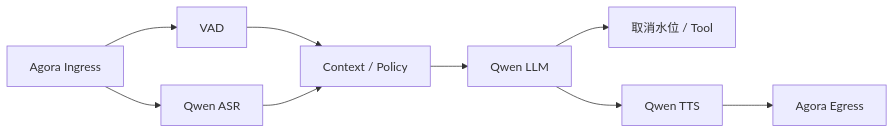
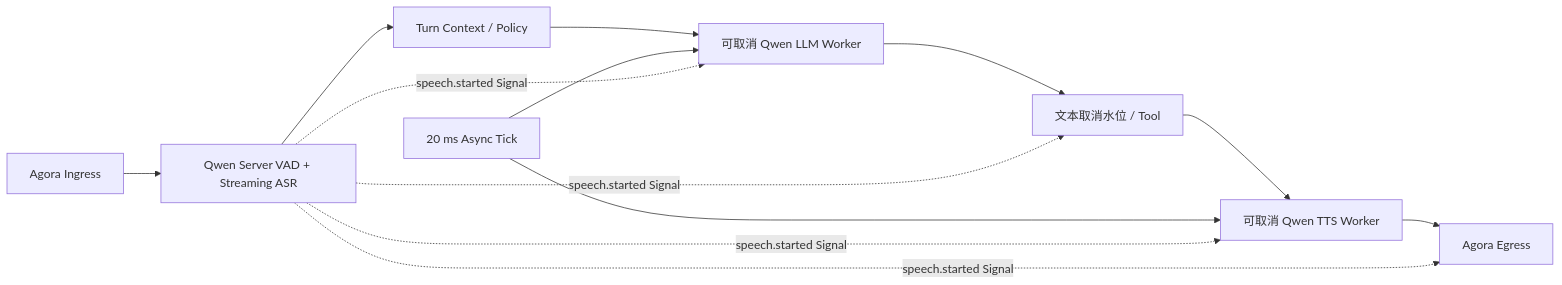
Before and after one commit to PiyotaHu/Voxa: the second of 3 diagrams in docs/site/zh/voice-architecture.md, drawn with Mermaid. The commit also changed other lines of this file and 33 other files, not shown here.

````diff
--- a/docs/site/zh/voice-architecture.md
+++ b/docs/site/zh/voice-architecture.md
@@ -29,11 +29,15 @@
 ```mermaid
 flowchart LR
-    IN["Agora Ingress"] --> VAD["VAD"]
-    IN --> ASR["Qwen ASR"]
-    VAD --> FUSION["Context / Policy"]
-    ASR --> FUSION
-    FUSION --> LLM["Qwen LLM"]
-    LLM --> TEXT["取消水位 / Tool"]
-    LLM --> TTS["Qwen TTS"]
+    IN["Agora Ingress"] --> ASR["Qwen Server VAD + Streaming ASR"]
+    ASR --> FUSION["Turn Context / Policy"]
+    FUSION --> LLM["可取消 Qwen LLM Worker"]
+    CLOCK["20 ms Async Tick"] --> LLM
+    LLM --> GATE["文本取消水位 / Tool"]
+    GATE --> TTS["可取消 Qwen TTS Worker"]
+    CLOCK --> TTS
     TTS --> OUT["Agora Egress"]
+    ASR -. "speech.started Signal" .-> LLM
+    ASR -. "speech.started Signal" .-> TTS
+    ASR -. "speech.started Signal" .-> GATE
+    ASR -. "speech.started Signal" .-> OUT
 ```
````
